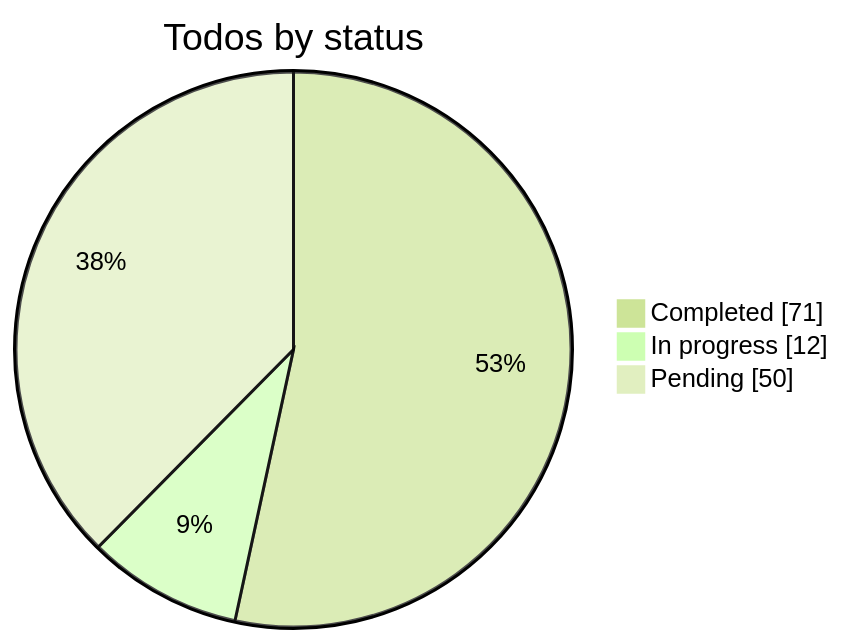
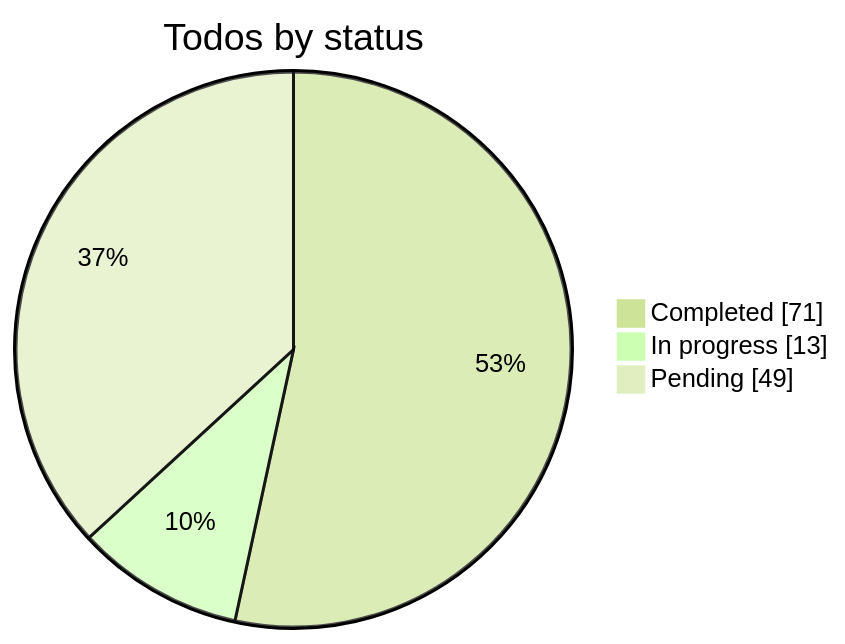
The diagram in .cursor/plans/custom_builder_engine_refs.plan.md (KantaPaul/next-cms), drawn with Mermaid (forest theme) before and after one commit. The commit also changed other lines of this file and 5 other files, not shown here.

````diff
--- a/.cursor/plans/custom_builder_engine_refs.plan.md
+++ b/.cursor/plans/custom_builder_engine_refs.plan.md
@@ -427,6 +427,6 @@
 ```mermaid
 pie showData title Todos by status
   "Completed" : 71
-  "In progress" : 12
-  "Pending" : 50
+  "In progress" : 13
+  "Pending" : 49
 ```
````
